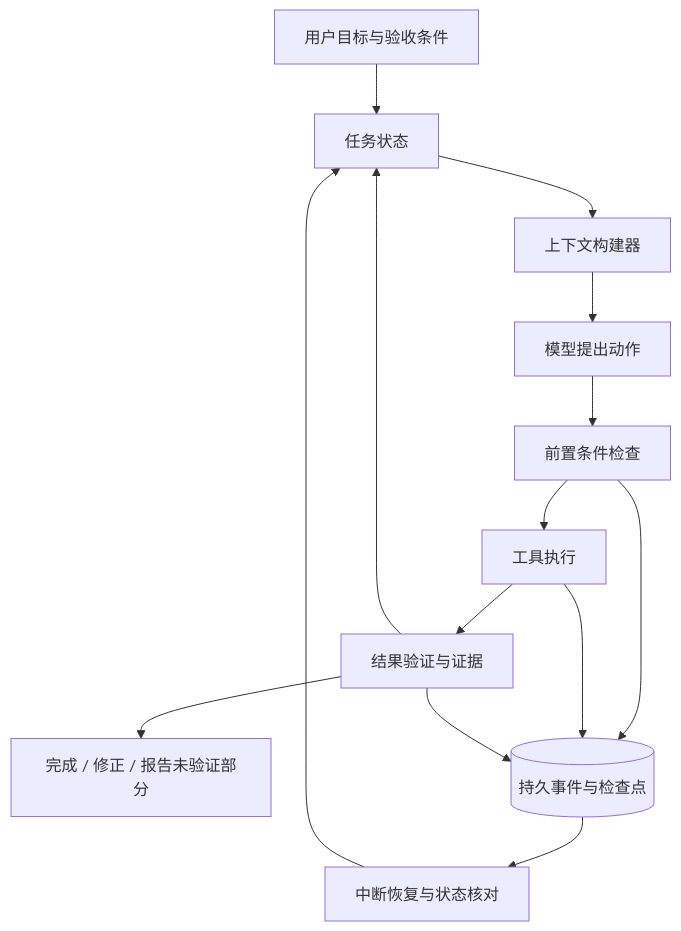
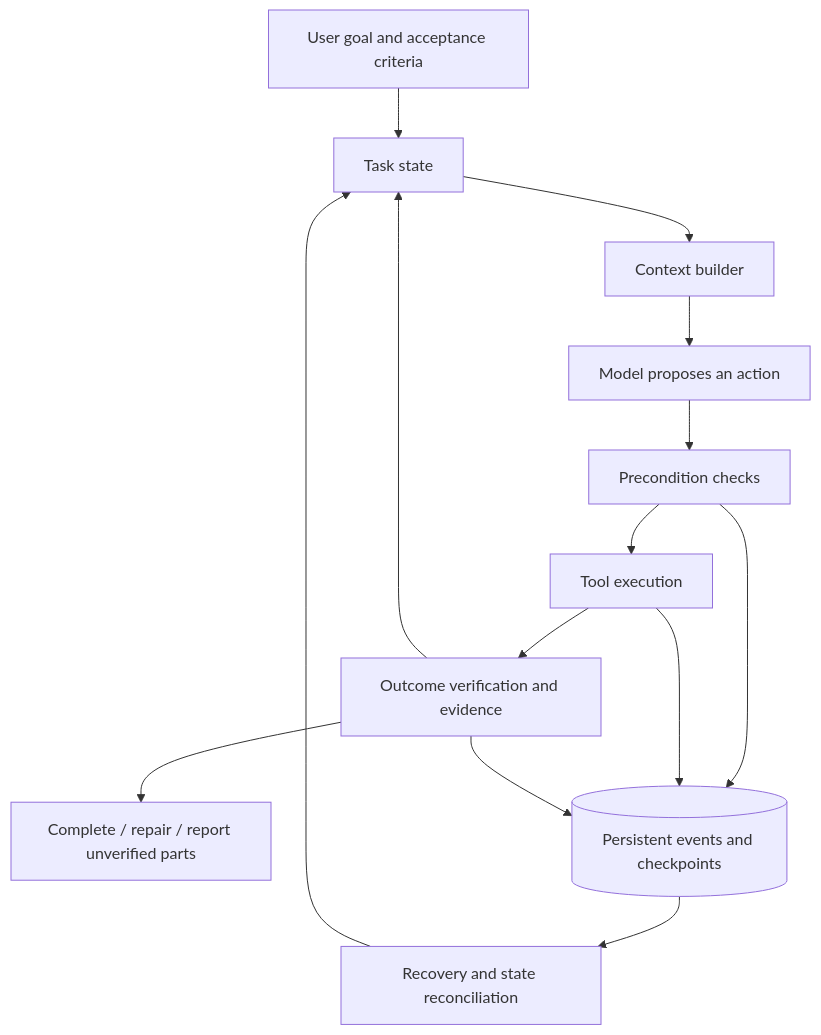
One commit to Xander-26Code/livharness changed the diagram in README.md. Above: the diagram before and after it, drawn with Mermaid. The commit also changed other lines of this file and 3 other files, not shown here.

````diff
--- a/README.md
+++ b/README.md
@@ -142,16 +142,16 @@
 ```mermaid
 flowchart TD
-    A[用户目标与验收条件] --> B[任务状态]
-    B --> C[上下文构建器]
-    C --> D[模型提出动作]
-    D --> E[前置条件检查]
-    E --> F[工具执行]
-    F --> G[结果验证与证据]
+    A[User goal and acceptance criteria] --> B[Task state]
+    B --> C[Context builder]
+    C --> D[Model proposes an action]
+    D --> E[Precondition checks]
+    E --> F[Tool execution]
+    F --> G[Outcome verification and evidence]
     G --> B
-    G --> H[完成 / 修正 / 报告未验证部分]
-    E --> I[(持久事件与检查点)]
+    G --> H[Complete / repair / report unverified parts]
+    E --> I[(Persistent events and checkpoints)]
     F --> I
     G --> I
-    I --> J[中断恢复与状态核对]
+    I --> J[Recovery and state reconciliation]
     J --> B
 ```
````
